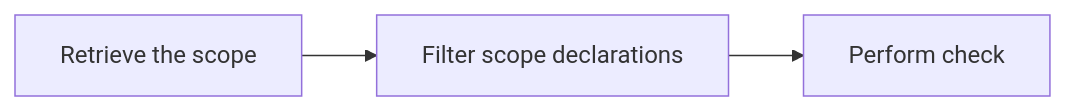
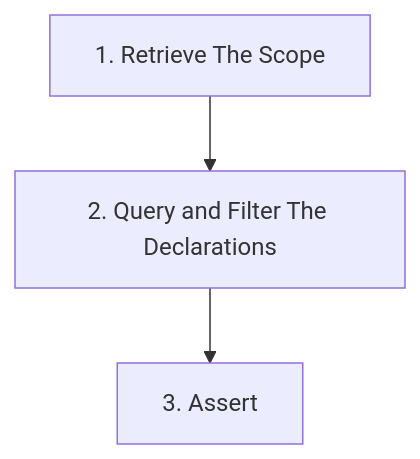
Before and after one commit to LemonAppDev/konsist: the diagram in docs/getting-started/gettingstarted.md, drawn with Mermaid. The commit also changed other lines of this file and 10 other files, not shown here.

````diff
--- a/docs/getting-started/gettingstarted.md
+++ b/docs/getting-started/gettingstarted.md
@@ -65,5 +67,6 @@
 ```mermaid
-flowchart LR
-    Step1["Retrieve the scope"]-->Step2["Filter scope declarations"]
-    Step2-->Step3["Perform check"]
+flowchart TB
+    Step1["1. Retrieve The Scope"]-->Step2
+    Step2["2. Query and Filter The Declarations"]-->Step3
+    Step3["3. Assert"]
 ```
````
